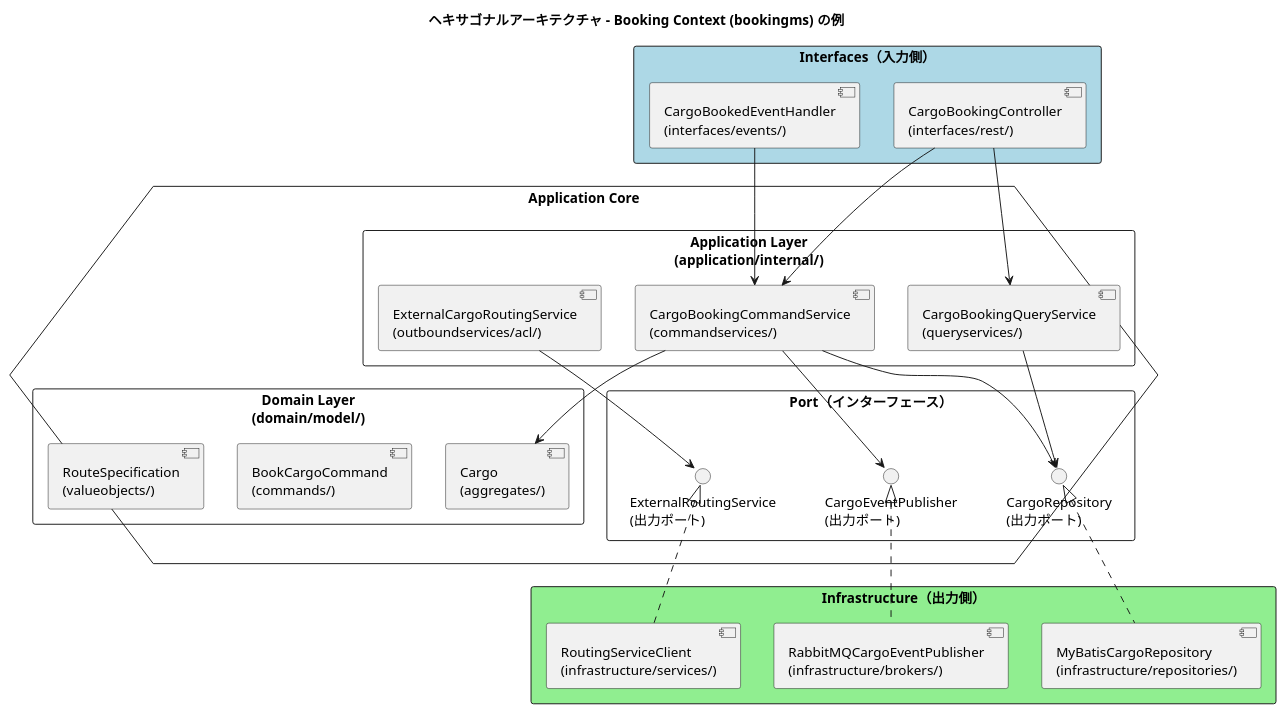
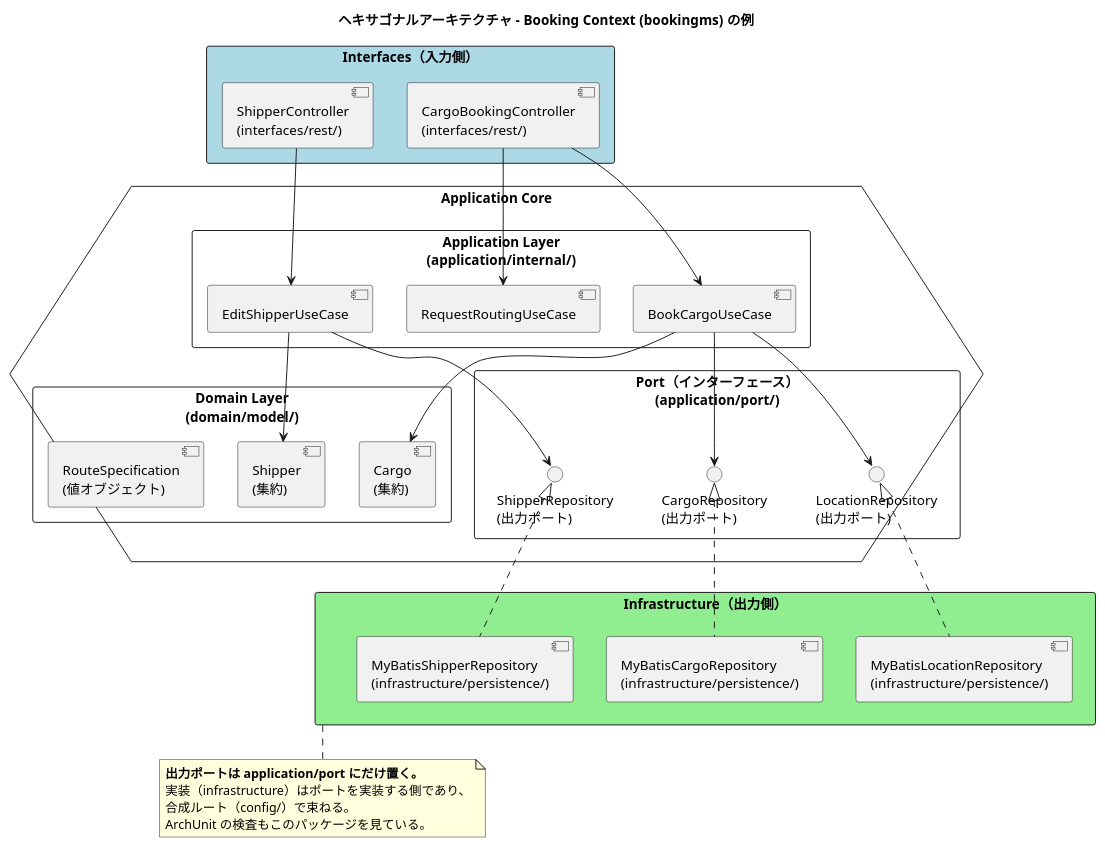
Before and after one commit to k2works/case-study-cargo-tracker: the third of 7 diagrams in docs/design/architecture_backend.md, drawn with PlantUML. The commit also changed other lines of this file, not shown here.

First line of the commit message:
docs(architecture): バックエンドのパッケージ構成を実装に合わせる

````diff
--- a/docs/design/architecture_backend.md
+++ b/docs/design/architecture_backend.md
@@ -334,49 +334,56 @@
 ```plantuml
 @startuml
 title ヘキサゴナルアーキテクチャ - Booking Context (bookingms) の例
 
 rectangle "Interfaces（入力側）" as iface #LightBlue {
   [CargoBookingController\n(interfaces/rest/)]
-  [CargoBookedEventHandler\n(interfaces/events/)]
+  [ShipperController\n(interfaces/rest/)]
 }
 
 hexagon "Application Core" as core {
   rectangle "Application Layer\n(application/internal/)" {
-    [CargoBookingCommandService\n(commandservices/)]
-    [CargoBookingQueryService\n(queryservices/)]
-    [ExternalCargoRoutingService\n(outboundservices/acl/)]
+    [BookCargoUseCase]
+    [RequestRoutingUseCase]
+    [EditShipperUseCase]
   }
   rectangle "Domain Layer\n(domain/model/)" {
-    [Cargo\n(aggregates/)]
-    [BookCargoCommand\n(commands/)]
-    [RouteSpecification\n(valueobjects/)]
+    [Cargo\n(集約)]
+    [Shipper\n(集約)]
+    [RouteSpecification\n(値オブジェクト)]
   }
-  rectangle "Port（インターフェース）" {
+  rectangle "Port（インターフェース）\n(application/port/)" {
     interface "CargoRepository\n(出力ポート)" as repo_port
-    interface "ExternalRoutingService\n(出力ポート)" as routing_port
-    interface "CargoEventPublisher\n(出力ポート)" as event_port
+    interface "ShipperRepository\n(出力ポート)" as shipper_port
+    interface "LocationRepository\n(出力ポート)" as location_port
   }
 }
 
 rectangle "Infrastructure（出力側）" as infra #LightGreen {
-  [MyBatisCargoRepository\n(infrastructure/repositories/)]
-  [RoutingServiceClient\n(infrastructure/services/)]
-  [RabbitMQCargoEventPublisher\n(infrastructure/brokers/)]
+  [MyBatisCargoRepository\n(infrastructure/persistence/)]
+  [MyBatisShipperRepository\n(infrastructure/persistence/)]
+  [MyBatisLocationRepository\n(infrastructure/persistence/)]
 }
 
-[CargoBookingController\n(interfaces/rest/)] --> [CargoBookingCommandService\n(commandservices/)]
-[CargoBookingController\n(interfaces/rest/)] --> [CargoBookingQueryService\n(queryservices/)]
-[CargoBookedEventHandler\n(interfaces/events/)] --> [CargoBookingCommandService\n(commandservices/)]
+[CargoBookingController\n(interfaces/rest/)] --> [BookCargoUseCase]
+[CargoBookingController\n(interfaces/rest/)] --> [RequestRoutingUseCase]
+[ShipperController\n(interfaces/rest/)] --> [EditShipperUseCase]
 
-[CargoBookingCommandService\n(commandservices/)] --> [Cargo\n(aggregates/)]
-[CargoBookingCommandService\n(commandservices/)] --> repo_port
-[CargoBookingCommandService\n(commandservices/)] --> event_port
-[ExternalCargoRoutingService\n(outboundservices/acl/)] --> routing_port
-[CargoBookingQueryService\n(queryservices/)] --> repo_port
+[BookCargoUseCase] --> [Cargo\n(集約)]
+[BookCargoUseCase] --> repo_port
+[BookCargoUseCase] --> location_port
+[EditShipperUseCase] --> [Shipper\n(集約)]
+[EditShipperUseCase] --> shipper_port
 
-repo_port <|.. [MyBatisCargoRepository\n(infrastructure/repositories/)]
-routing_port <|.. [RoutingServiceClient\n(infrastructure/services/)]
-event_port <|.. [RabbitMQCargoEventPublisher\n(infrastructure/brokers/)]
+repo_port <|.. [MyBatisCargoRepository\n(infrastructure/persistence/)]
+shipper_port <|.. [MyBatisShipperRepository\n(infrastructure/persistence/)]
+location_port <|.. [MyBatisLocationRepository\n(infrastructure/persistence/)]
+
+note bottom of infra
+  **出力ポートは application/port にだけ置く。**
+  実装（infrastructure）はポートを実装する側であり、
+  合成ルート（config/）で束ねる。
+  ArchUnit の検査もこのパッケージを見ている。
+end note
 
 @enduml
 ```
````
